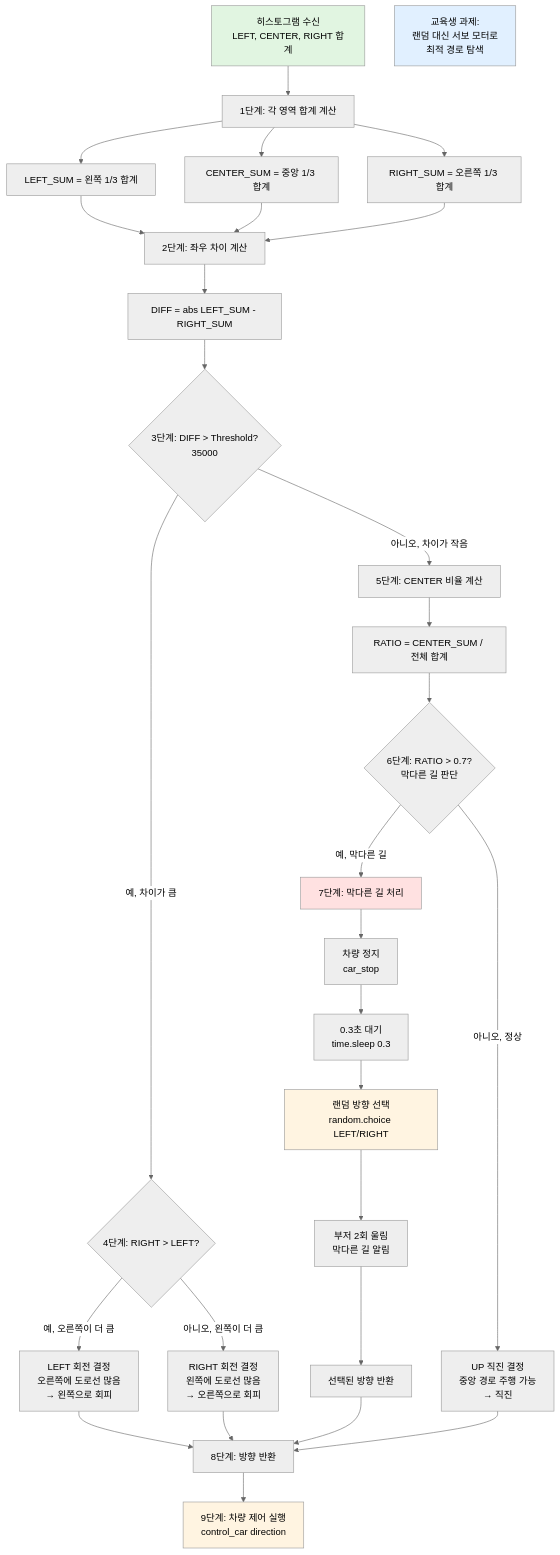
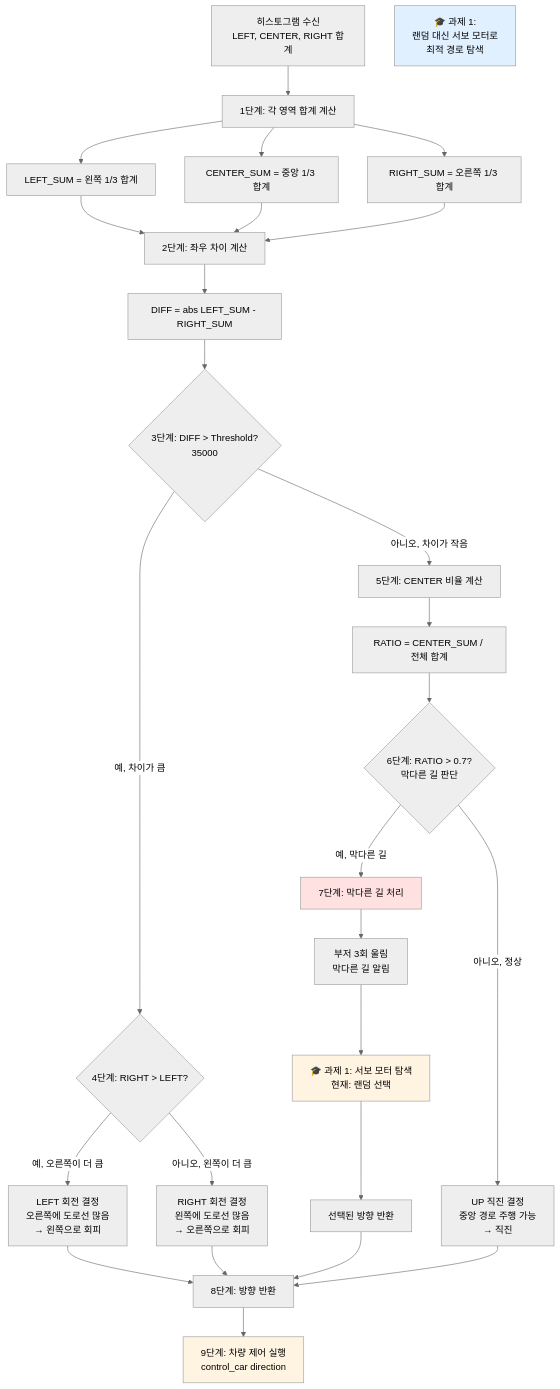
The seventh of 25 diagrams in 03_self_driving/AUTOPLOT_SYSTEM_ANALYSIS.md (Collegenie-X/Raspbot-v2-self-driving-car), drawn with Mermaid (neutral theme) before and after one commit. The commit also changed other lines of this file and 2 other files, not shown here.

````diff
--- a/03_self_driving/AUTOPLOT_SYSTEM_ANALYSIS.md
+++ b/03_self_driving/AUTOPLOT_SYSTEM_ANALYSIS.md
@@ -322,46 +426,44 @@
 ```mermaid
 flowchart TD
     A[히스토그램 수신<br/>LEFT, CENTER, RIGHT 합계] --> B[1단계: 각 영역 합계 계산]
+    
     B --> B1[LEFT_SUM = 왼쪽 1/3 합계]
     B --> B2[CENTER_SUM = 중앙 1/3 합계]
     B --> B3[RIGHT_SUM = 오른쪽 1/3 합계]
     
     B1 --> C[2단계: 좌우 차이 계산]
     B2 --> C
     B3 --> C
     C --> C1[DIFF = abs LEFT_SUM - RIGHT_SUM]
     
     C1 --> D{3단계: DIFF > Threshold?<br/>35000}
     
     D -->|예, 차이가 큼| E{4단계: RIGHT > LEFT?}
     E -->|예, 오른쪽이 더 큼| F[LEFT 회전 결정<br/>오른쪽에 도로선 많음<br/>→ 왼쪽으로 회피]
     E -->|아니오, 왼쪽이 더 큼| G[RIGHT 회전 결정<br/>왼쪽에 도로선 많음<br/>→ 오른쪽으로 회피]
     
     D -->|아니오, 차이가 작음| H[5단계: CENTER 비율 계산]
     H --> H1[RATIO = CENTER_SUM / 전체 합계]
     H1 --> I{6단계: RATIO > 0.7?<br/>막다른 길 판단}
     
     I -->|예, 막다른 길| J[7단계: 막다른 길 처리]
-    J --> J1[차량 정지<br/>car_stop]
-    J1 --> J2[0.3초 대기<br/>time.sleep 0.3]
-    J2 --> J3[랜덤 방향 선택<br/>random.choice LEFT/RIGHT]
-    J3 --> J4[부저 2회 울림<br/>막다른 길 알림]
-    J4 --> K[선택된 방향 반환]
+    J --> J1[부저 3회 울림<br/>막다른 길 알림]
+    J1 --> J2[🎓 과제 1: 서보 모터 탐색<br/>현재: 랜덤 선택]
+    J2 --> K[선택된 방향 반환]
     
     I -->|아니오, 정상| L[UP 직진 결정<br/>중앙 경로 주행 가능<br/>→ 직진]
     
     F --> M[8단계: 방향 반환]
     G --> M
     K --> M
     L --> M
     
     M --> N[9단계: 차량 제어 실행<br/>control_car direction]
     
-    style A fill:#e1f5e1
     style J fill:#ffe1e1
     style N fill:#fff4e1
-    style J3 fill:#fff4e1
+    style J2 fill:#fff4e1
     
-    note1[교육생 과제:<br/>랜덤 대신 서보 모터로<br/>최적 경로 탐색]
+    note1[🎓 과제 1:<br/>랜덤 대신 서보 모터로<br/>최적 경로 탐색]
     style note1 fill:#e1f0ff
 ```
````
